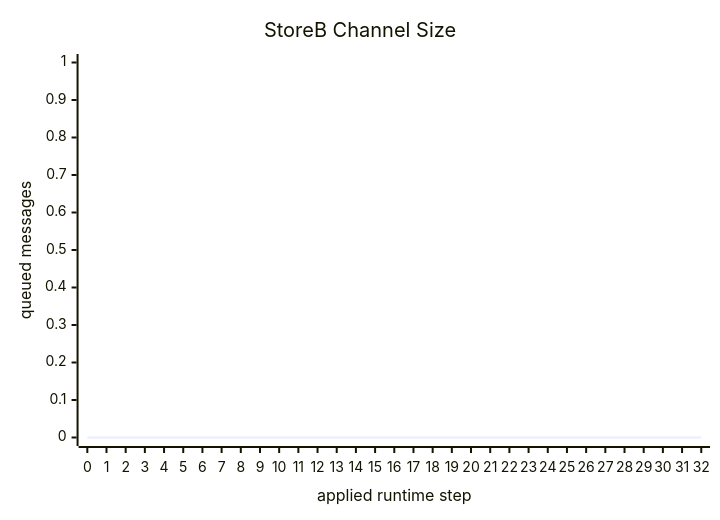
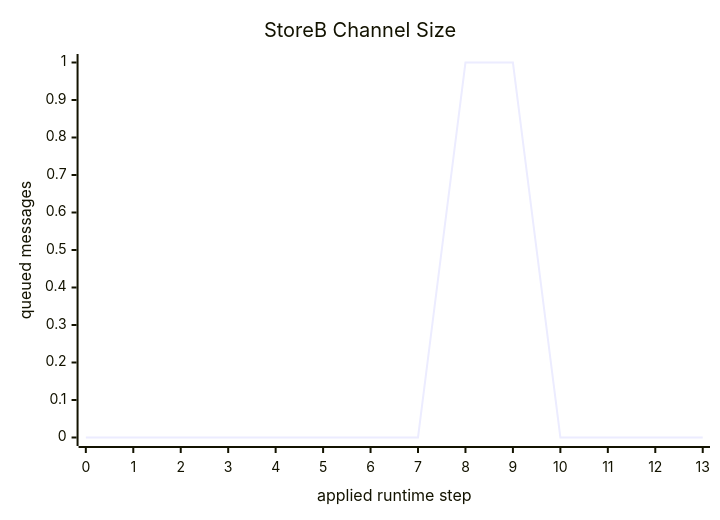
One commit to rfielding/go-ctl2 changed diagram 28 of 36 in docs/build/ir.generated.md. Above: the diagram before and after it, drawn with Mermaid. The commit also changed other lines of this file and 5 other files, not shown here.

````diff
--- a/docs/build/ir.generated.md
+++ b/docs/build/ir.generated.md
@@ -1286,7 +1529,7 @@
 ```mermaid
 xychart-beta
     title "StoreB Channel Size"
-    x-axis "applied runtime step" [0, 1, 2, 3, 4, 5, 6, 7, 8, 9, 10, 11, 12, 13, 14, 15, 16, 17, 18, 19, 20, 21, 22, 23, 24, 25, 26, 27, 28, 29, 30, 31, 32]
+    x-axis "applied runtime step" [0, 1, 2, 3, 4, 5, 6, 7, 8, 9, 10, 11, 12, 13]
     y-axis "queued messages" 0 --> 1
-    line [0, 0, 0, 0, 0, 0, 0, 0, 0, 0, 0, 0, 0, 0, 0, 0, 0, 0, 0, 0, 0, 0, 0, 0, 0, 0, 0, 0, 0, 0, 0, 0, 0]
+    line [0, 0, 0, 0, 0, 0, 0, 0, 1, 1, 0, 0, 0, 0]
 ```
````
